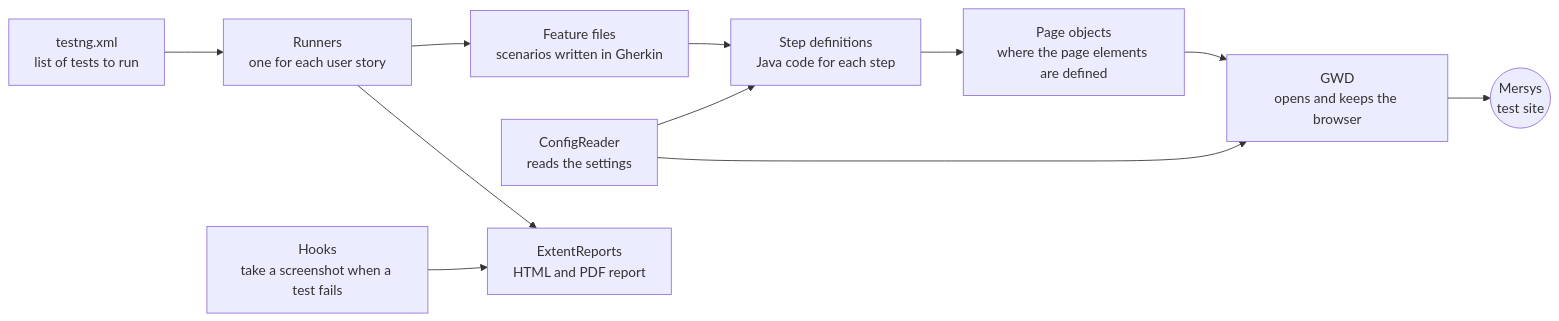
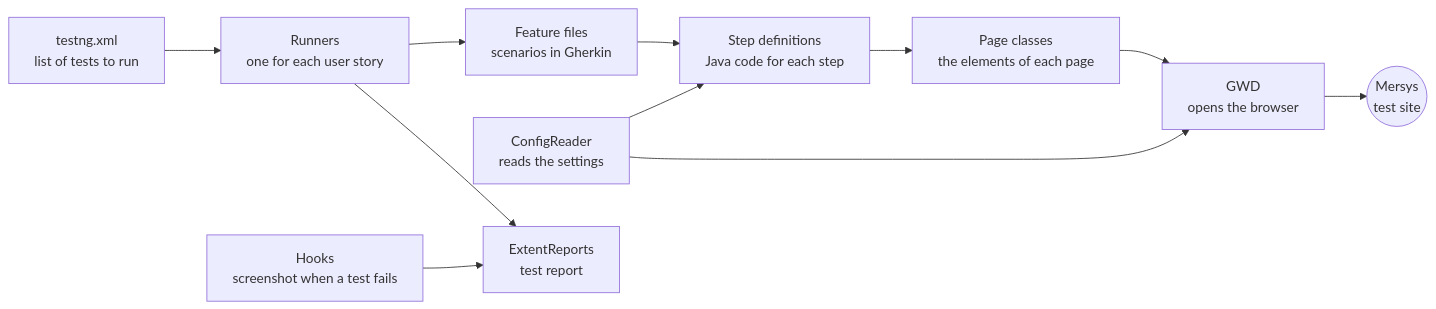
The diagram in README.md (gamzeozakinci/MersysProject), drawn with Mermaid before and after one commit. The commit also changed other lines of this file and 14 other files, not shown here.

Commit message:
Tag @Bug scenarios, switch the PDF report off, add US012 steps

````diff
--- a/README.md
+++ b/README.md
@@ -53,13 +51,13 @@
 ```mermaid
 flowchart LR
     suite["testng.xml<br/>list of tests to run"] --> runner["Runners<br/>one for each user story"]
-    runner --> feature["Feature files<br/>scenarios written in Gherkin"]
+    runner --> feature["Feature files<br/>scenarios in Gherkin"]
     feature --> steps["Step definitions<br/>Java code for each step"]
-    steps --> pages["Page objects<br/>where the page elements are defined"]
-    pages --> driver["GWD<br/>opens and keeps the browser"]
+    steps --> pages["Page classes<br/>the elements of each page"]
+    pages --> driver["GWD<br/>opens the browser"]
     driver --> app(("Mersys<br/>test site"))
     config["ConfigReader<br/>reads the settings"] --> driver
     config --> steps
-    runner --> report["ExtentReports<br/>HTML and PDF report"]
-    hooks["Hooks<br/>take a screenshot when a test fails"] --> report
+    runner --> report["ExtentReports<br/>test report"]
+    hooks["Hooks<br/>screenshot when a test fails"] --> report
 ```
````
